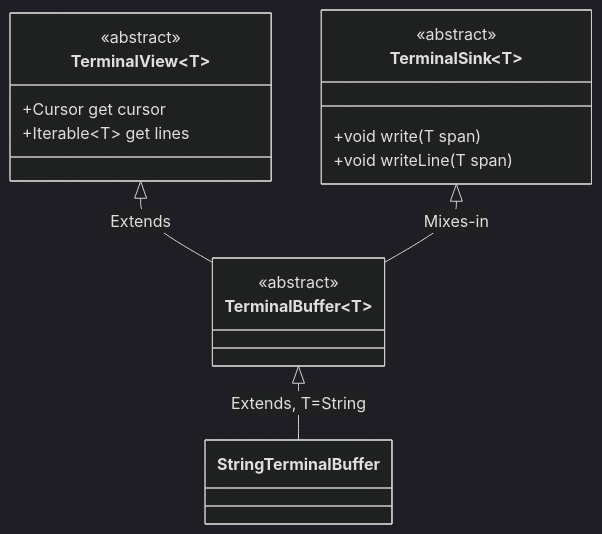
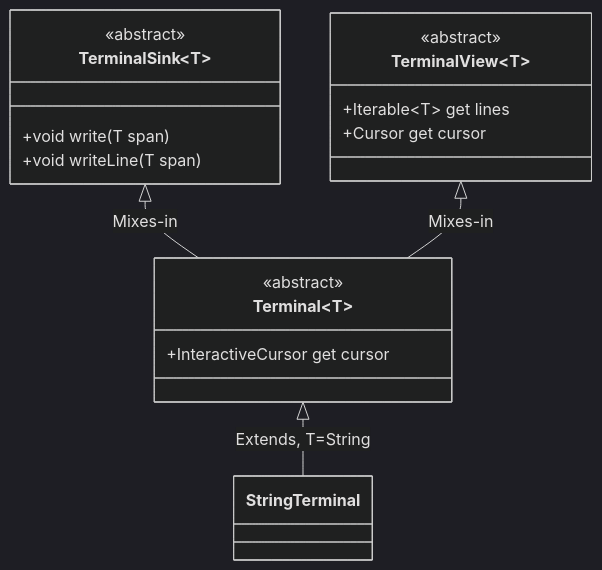
One commit to matanlurey/dt changed the diagram in README.md. Above: the diagram before and after it, drawn with Mermaid (dark theme). The commit also changed other lines of this file and 16 other files, not shown here.

````diff
--- a/README.md
+++ b/README.md
@@ -54,19 +68,20 @@
 ```mermaid
 classDiagram
-  class TerminalView~T~
-  <<abstract>> TerminalView
-    TerminalView~T~ : +Cursor get cursor
-    TerminalView~T~ : +Iterable~T~ get lines
-  
   class TerminalSink~T~
   <<abstract>> TerminalSink
     TerminalSink~T~ : +void write(T span)
     TerminalSink~T~ : +void writeLine(T span)
 
-  class TerminalBuffer~T~
-  <<abstract>> TerminalBuffer
+  class TerminalView~T~
+  <<abstract>> TerminalView
+    TerminalView~T~ : +Iterable~T~ get lines
+    TerminalView~T~ : +Cursor get cursor
+
+  class Terminal~T~
+  <<abstract>> Terminal
+    Terminal~T~ : +InteractiveCursor get cursor
   
-  TerminalView~T~ <|-- TerminalBuffer~T~ : Extends
-  TerminalSink~T~ <|-- TerminalBuffer~T~ : Mixes-in
-  TerminalBuffer~T~ <|-- StringTerminalBuffer : Extends, T=String
+  TerminalSink~T~ <|-- Terminal~T~ : Mixes-in
+  TerminalView~T~ <|-- Terminal~T~ : Mixes-in
+  Terminal~T~ <|-- StringTerminal : Extends, T=String
 ```
````
